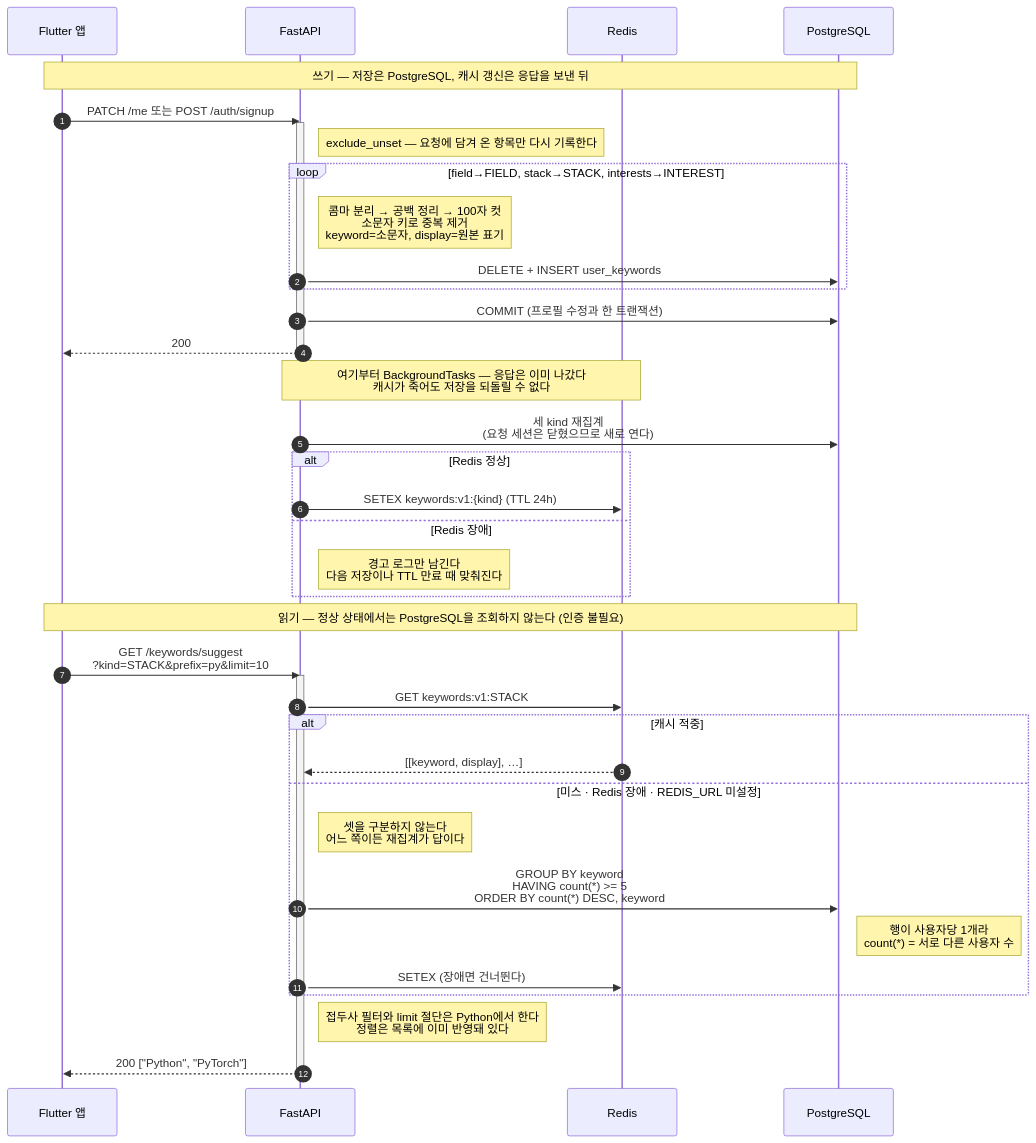
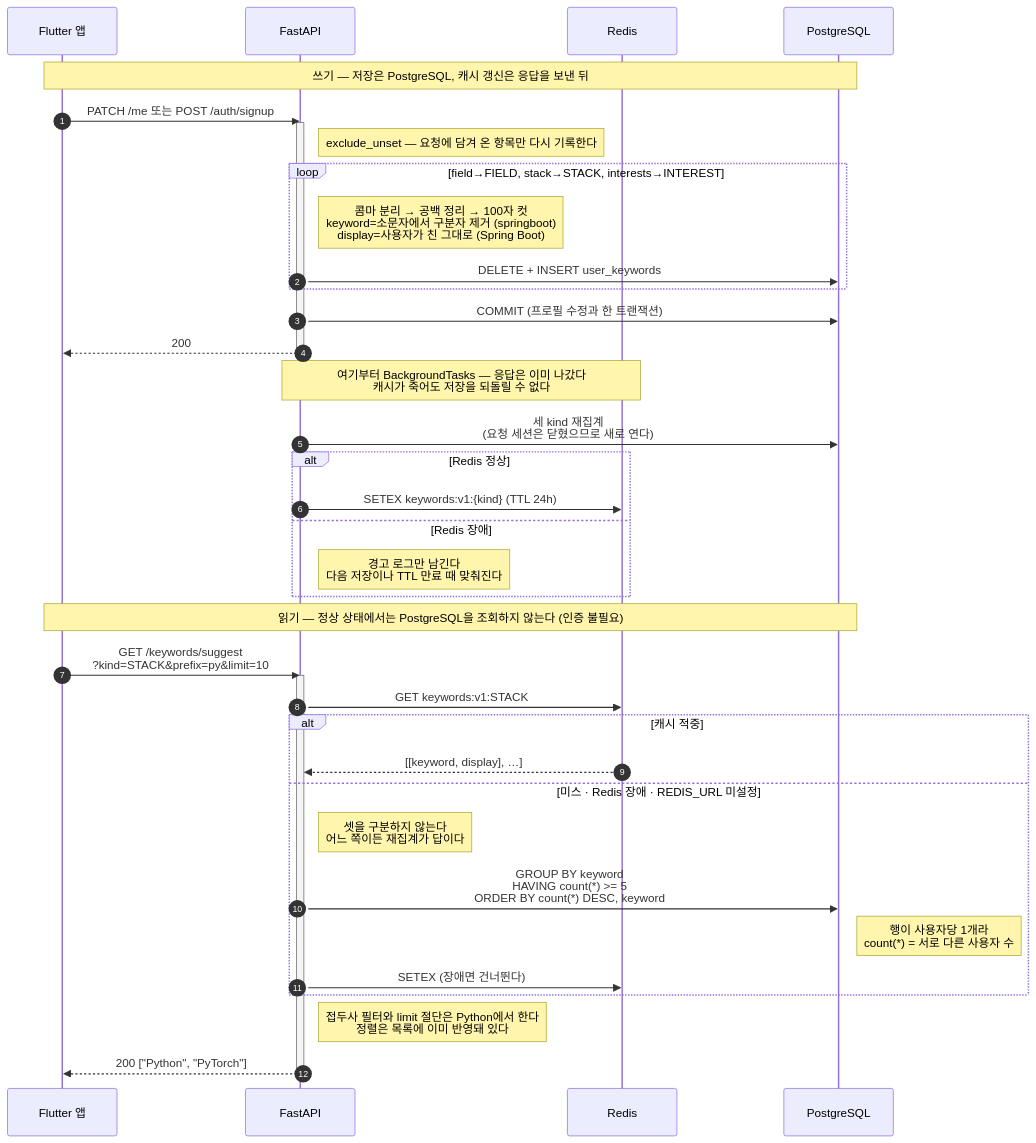
The second of 2 diagrams in docs/complete/profile-media-and-keywords.md (mogacko/mogakco-api), drawn with Mermaid before and after one commit. The commit also changed other lines of this file and 2 other files, not shown here.

````diff
--- a/docs/complete/profile-media-and-keywords.md
+++ b/docs/complete/profile-media-and-keywords.md
@@ -129,46 +137,46 @@
 ```mermaid
 sequenceDiagram
     autonumber
     participant App as Flutter 앱
     participant API as FastAPI
     participant Redis
     participant DB as PostgreSQL
 
     Note over App,DB: 쓰기 — 저장은 PostgreSQL, 캐시 갱신은 응답을 보낸 뒤
 
     App->>API: PATCH /me 또는 POST /auth/signup
     activate API
     Note right of API: exclude_unset — 요청에 담겨 온 항목만 다시 기록한다
     loop field→FIELD, stack→STACK, interests→INTEREST
-        Note right of API: 콤마 분리 → 공백 정리 → 100자 컷<br/>소문자 키로 중복 제거<br/>keyword=소문자, display=원본 표기
+        Note right of API: 콤마 분리 → 공백 정리 → 100자 컷<br/>keyword=소문자에서 구분자 제거 (springboot)<br/>display=사용자가 친 그대로 (Spring Boot)
         API->>DB: DELETE + INSERT user_keywords
     end
     API->>DB: COMMIT (프로필 수정과 한 트랜잭션)
     API-->>App: 200
     deactivate API
 
     Note over API,Redis: 여기부터 BackgroundTasks — 응답은 이미 나갔다<br/>캐시가 죽어도 저장을 되돌릴 수 없다
     API->>DB: 세 kind 재집계<br/>(요청 세션은 닫혔으므로 새로 연다)
     alt Redis 정상
         API->>Redis: SETEX keywords:v1:{kind} (TTL 24h)
     else Redis 장애
         Note right of API: 경고 로그만 남긴다<br/>다음 저장이나 TTL 만료 때 맞춰진다
     end
 
     Note over App,DB: 읽기 — 정상 상태에서는 PostgreSQL을 조회하지 않는다 (인증 불필요)
 
     App->>API: GET /keywords/suggest<br/>?kind=STACK&prefix=py&limit=10
     activate API
     API->>Redis: GET keywords:v1:STACK
     alt 캐시 적중
         Redis-->>API: [[keyword, display], …]
     else 미스 · Redis 장애 · REDIS_URL 미설정
         Note right of API: 셋을 구분하지 않는다<br/>어느 쪽이든 재집계가 답이다
         API->>DB: GROUP BY keyword<br/>HAVING count(*) >= 5<br/>ORDER BY count(*) DESC, keyword
         Note right of DB: 행이 사용자당 1개라<br/>count(*) = 서로 다른 사용자 수
         API->>Redis: SETEX (장애면 건너뛴다)
     end
     Note right of API: 접두사 필터와 limit 절단은 Python에서 한다<br/>정렬은 목록에 이미 반영돼 있다
     API-->>App: 200 ["Python", "PyTorch"]
     deactivate API
 ```
````
